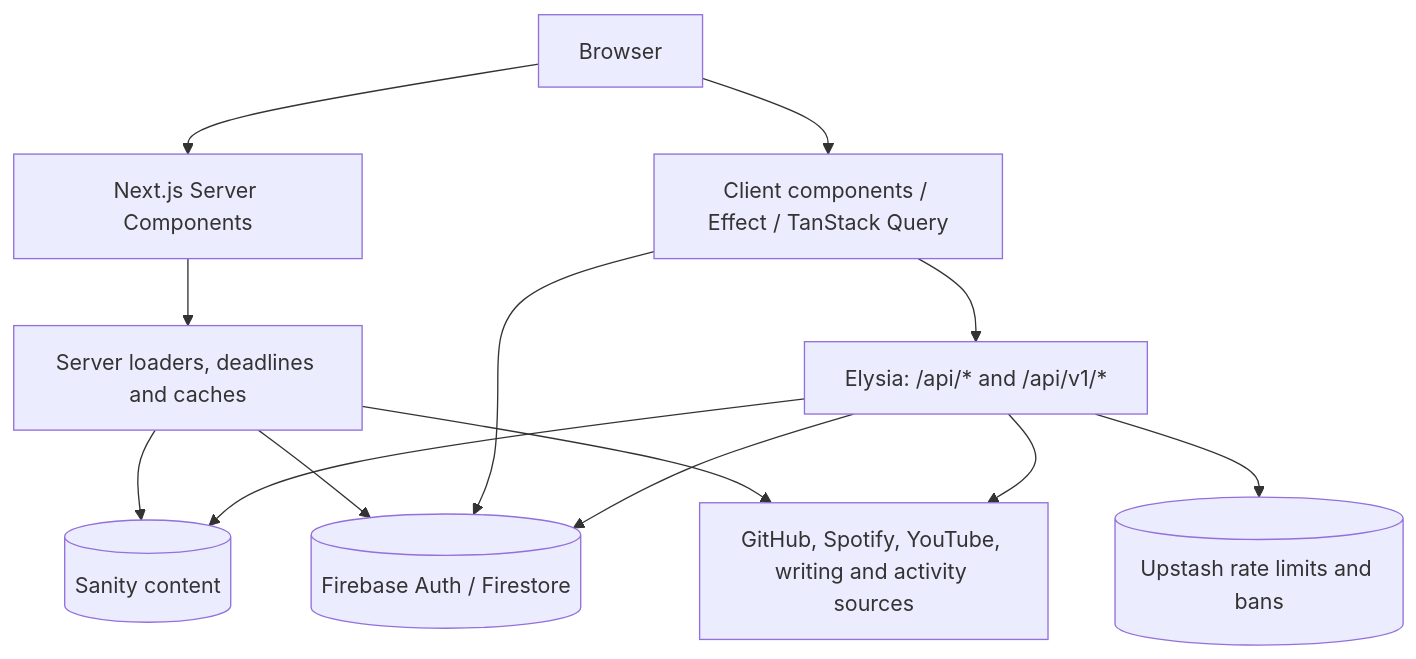
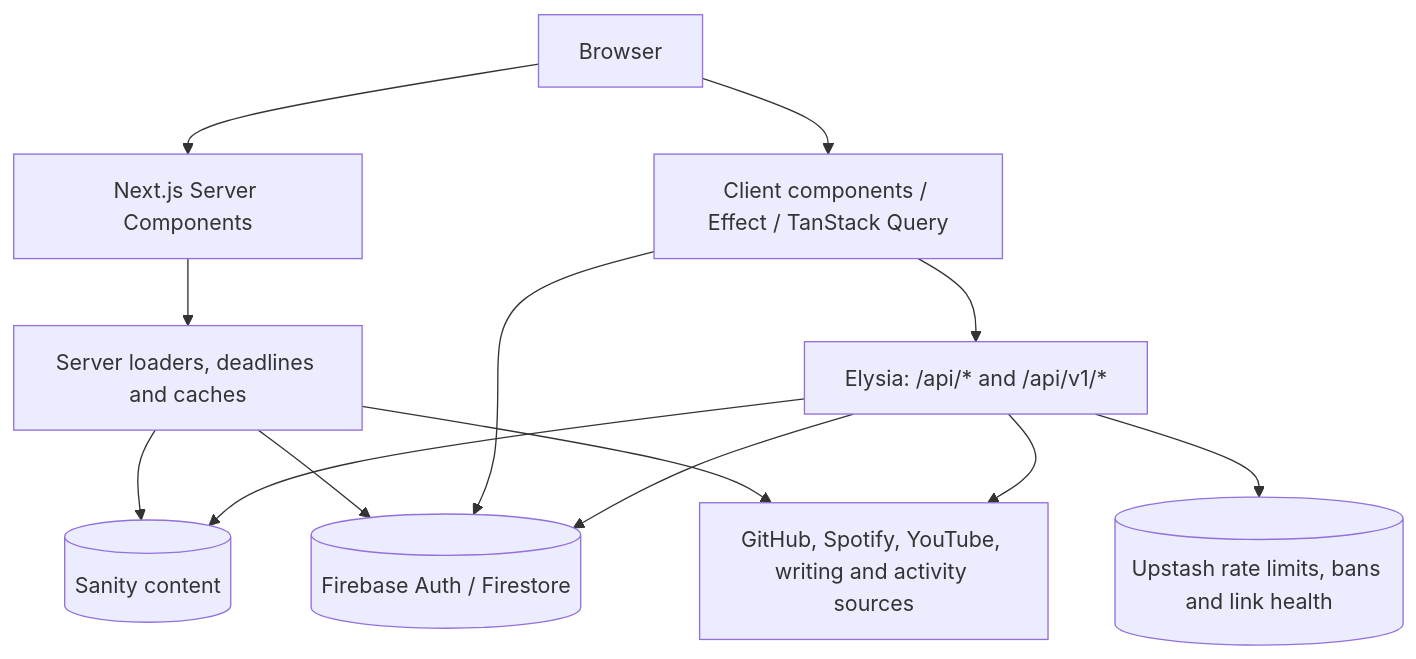
Before and after one commit to WomB0ComB0/portfolio: the diagram in README.md, drawn with Mermaid. The commit also changed other lines of this file and 43 other files, not shown here.

````diff
--- a/README.md
+++ b/README.md
@@ -72,25 +72,25 @@
 ```mermaid
 graph TD
     Browser["Browser"]
     Pages["Next.js Server Components"]
     Loaders["Server loaders, deadlines and caches"]
     Client["Client components / Effect / TanStack Query"]
     API["Elysia: /api/* and /api/v1/*"]
     Sanity[("Sanity content")]
     Firebase[("Firebase Auth / Firestore")]
-    Redis[("Upstash rate limits and bans")]
+    Redis[("Upstash rate limits, bans and link health")]
     Services["GitHub, Spotify, YouTube, writing and activity sources"]
 
     Browser --> Pages
     Browser --> Client
     Pages --> Loaders
     Loaders --> Sanity
     Loaders --> Firebase
     Loaders --> Services
     Client --> API
     Client --> Firebase
     API --> Redis
     API --> Sanity
     API --> Firebase
     API --> Services
 ```
````
